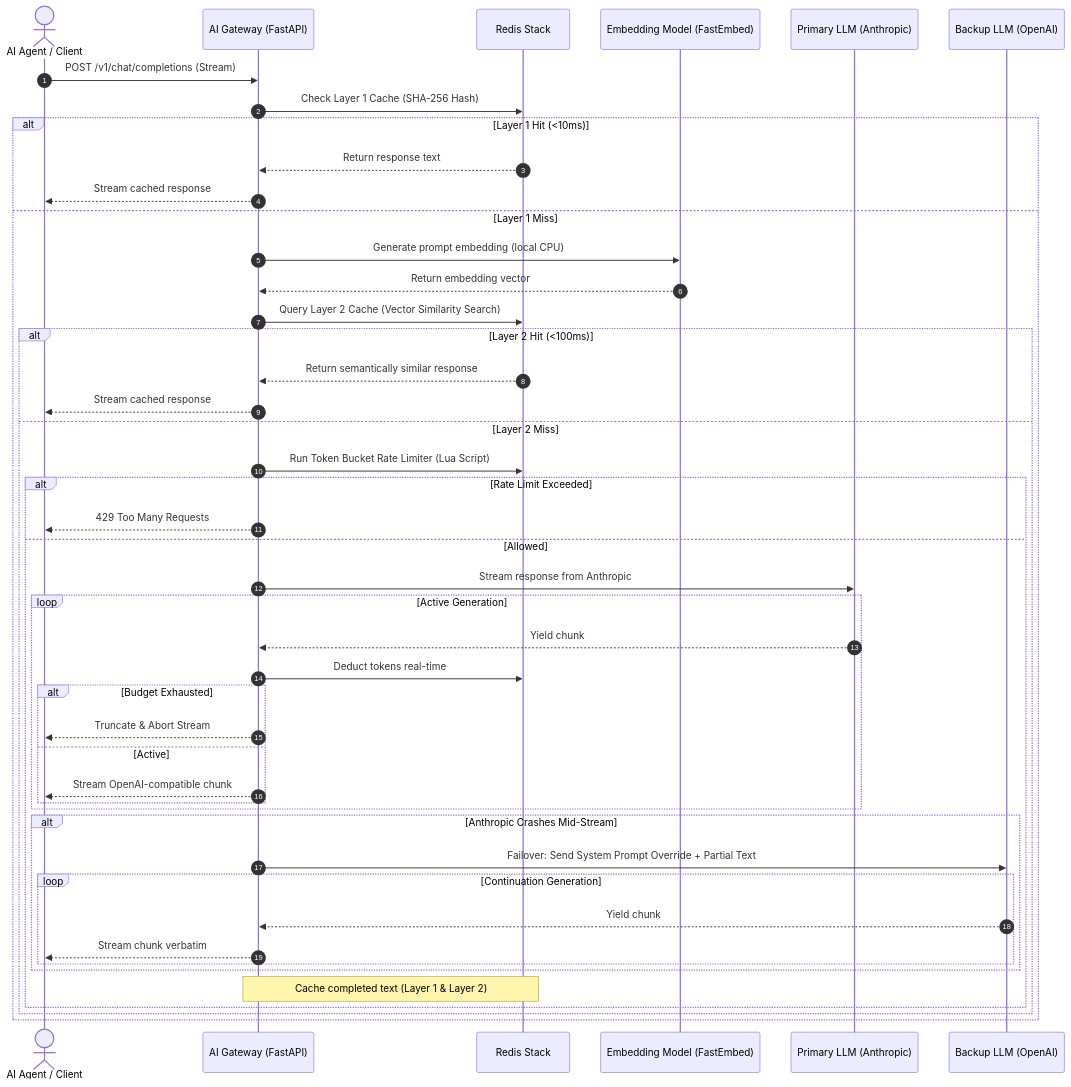
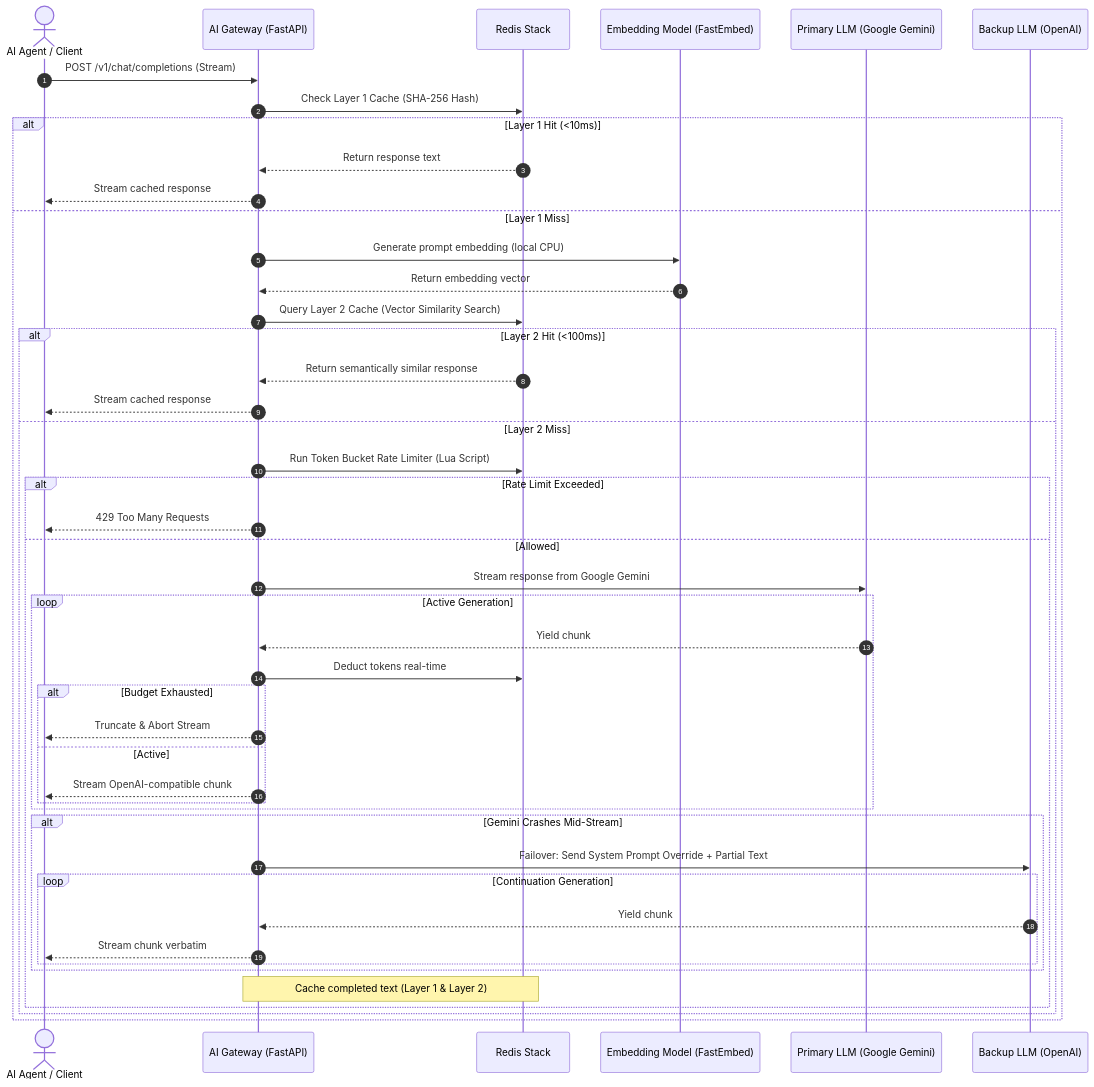
One commit to levietdc/llm_gateway changed the diagram in README.md. Above: the diagram before and after it, drawn with Mermaid. The commit also changed other lines of this file and 9 other files, not shown here.

Commit message:
feat: migrate primary provider from Anthropic to Google Gemini using OpenAI-compatible API

````diff
--- a/README.md
+++ b/README.md
@@ -43,49 +43,49 @@
 ```mermaid
 sequenceDiagram
     autonumber
     actor Client as AI Agent / Client
     participant GW as AI Gateway (FastAPI)
     participant Redis as Redis Stack
     participant Embed as Embedding Model (FastEmbed)
-    participant Primary as Primary LLM (Anthropic)
+    participant Primary as Primary LLM (Google Gemini)
     participant Backup as Backup LLM (OpenAI)
 
     Client->>GW: POST /v1/chat/completions (Stream)
     GW->>Redis: Check Layer 1 Cache (SHA-256 Hash)
     alt Layer 1 Hit (<10ms)
         Redis-->>GW: Return response text
         GW-->>Client: Stream cached response
     else Layer 1 Miss
         GW->>Embed: Generate prompt embedding (local CPU)
         Embed-->>GW: Return embedding vector
         GW->>Redis: Query Layer 2 Cache (Vector Similarity Search)
         alt Layer 2 Hit (<100ms)
             Redis-->>GW: Return semantically similar response
             GW-->>Client: Stream cached response
         else Layer 2 Miss
             GW->>Redis: Run Token Bucket Rate Limiter (Lua Script)
             alt Rate Limit Exceeded
                 GW-->>Client: 429 Too Many Requests
             else Allowed
-                GW->>Primary: Stream response from Anthropic
+                GW->>Primary: Stream response from Google Gemini
                 loop Active Generation
                     Primary-->>GW: Yield chunk
                     GW->>Redis: Deduct tokens real-time
                     alt Budget Exhausted
                         GW-->>Client: Truncate & Abort Stream
                     else Active
                         GW-->>Client: Stream OpenAI-compatible chunk
                     end
                 end
-                alt Anthropic Crashes Mid-Stream
+                alt Gemini Crashes Mid-Stream
                     GW->>Backup: Failover: Send System Prompt Override + Partial Text
                     loop Continuation Generation
                         Backup-->>GW: Yield chunk
                         GW-->>Client: Stream chunk verbatim
                     end
                 end
                 Note over GW, Redis: Cache completed text (Layer 1 & Layer 2)
             end
         end
     end
 ```
````
